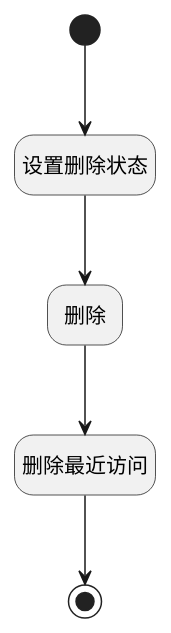
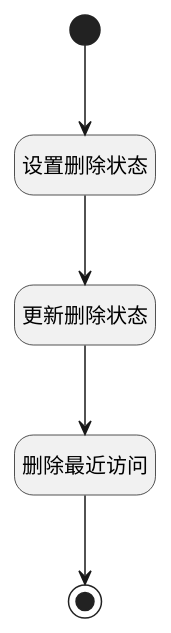
Before and after one commit to iBizLab/plm: the diagram in doc/docsify/module/TestMgmt/library/logic/delete.md, drawn with PlantUML. The commit also changed other lines of this file and 1068 other files, not shown here.

````diff
--- a/doc/docsify/module/TestMgmt/library/logic/delete.md
+++ b/doc/docsify/module/TestMgmt/library/logic/delete.md
@@ -7,25 +7,25 @@
 ```plantuml
 @startuml
 hide empty description
 <style>
 root {
   HyperlinkColor #42b983
 }
 </style>
 
 hide empty description
 state "开始" as Begin <<start>> [[$./delete#begin {"开始"}]]
 state "设置删除状态" as PREPAREPARAM1  [[$./delete#prepareparam1 {"设置删除状态"}]]
-state "删除" as DEACTION1  [[$./delete#deaction1 {"删除"}]]
+state "更新删除状态" as DEACTION1  [[$./delete#deaction1 {"更新删除状态"}]]
 state "删除最近访问" as RAWSQLCALL1  [[$./delete#rawsqlcall1 {"删除最近访问"}]]
 state "结束" as END1 <<end>> [[$./delete#end1 {"结束"}]]
 
 
 Begin --> PREPAREPARAM1
 PREPAREPARAM1 --> DEACTION1
 DEACTION1 --> RAWSQLCALL1
 RAWSQLCALL1 --> END1
 
 
 @enduml
 ```
````
